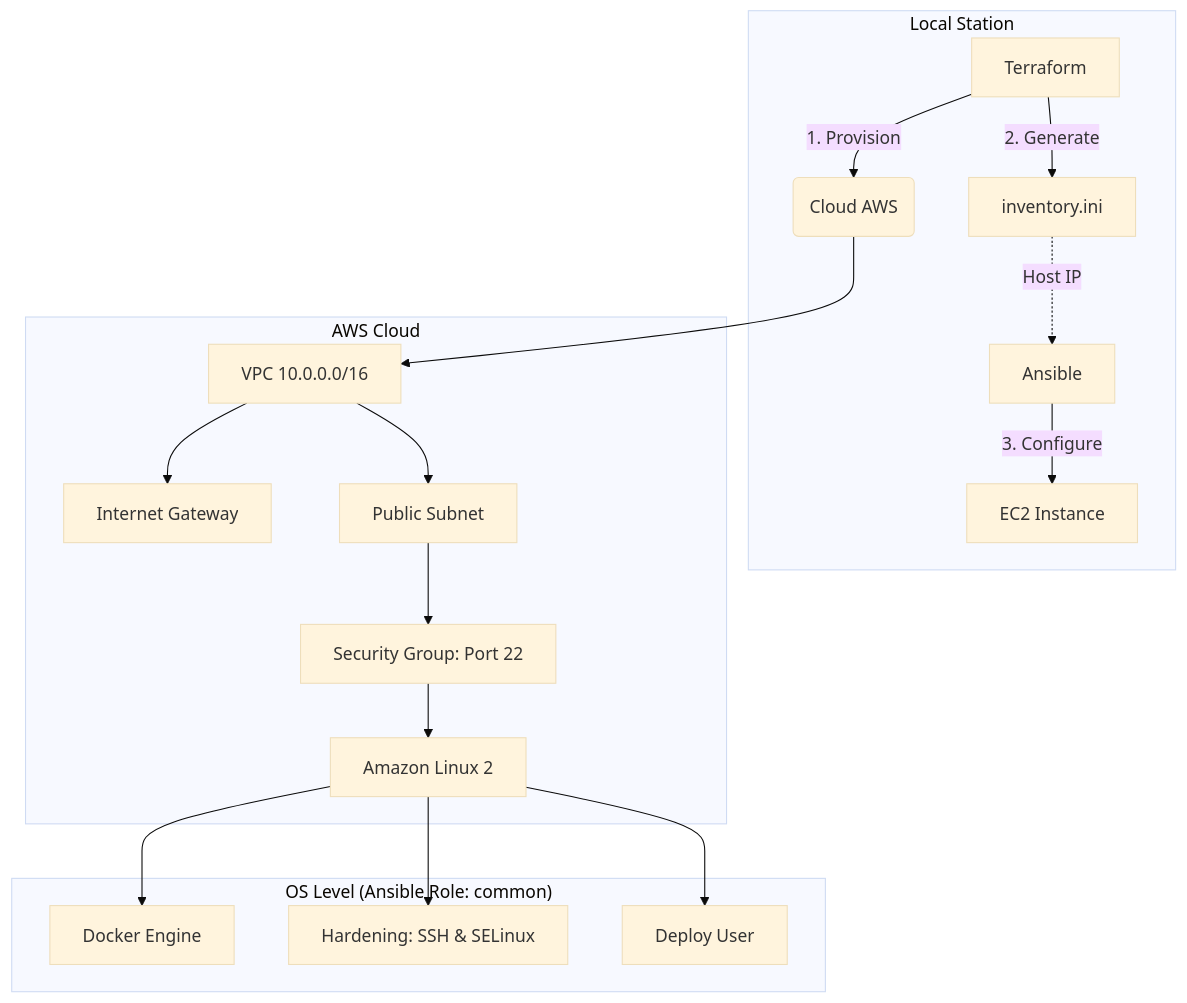
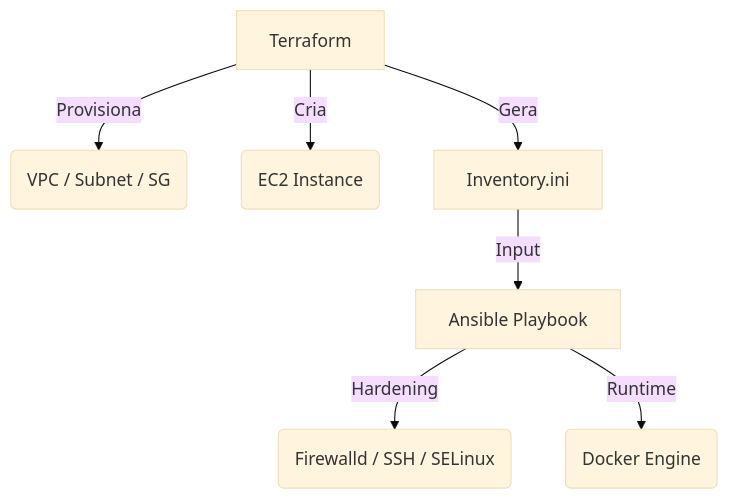
The diagram in README.md (icarojsbarros/lab-hybrid-automation), drawn with Mermaid (base theme) before and after one commit. The commit also changed other lines of this file, not shown here.

First line of the commit message:
Revise README for Terraform and Ansible integration

````diff
--- a/README.md
+++ b/README.md
@@ -15,24 +14,9 @@
 ```mermaid
 graph TD
-    subgraph "Local Station"
-        A[Terraform] -->|1. Provision| B(Cloud AWS)
-        A -->|2. Generate| C[inventory.ini]
-        D[Ansible] -->|3. Configure| E[EC2 Instance]
-    end
-
-    subgraph "AWS Cloud"
-        B --> VPC[VPC 10.0.0.0/16]
-        VPC --> IGW[Internet Gateway]
-        VPC --> Subnet[Public Subnet]
-        Subnet --> SG[Security Group: Port 22]
-        SG --> EC2[Amazon Linux 2]
-    end
-
-    subgraph "OS Level (Ansible Role: common)"
-        EC2 --> Docker[Docker Engine]
-        EC2 --> Sec[Hardening: SSH & SELinux]
-        EC2 --> User[Deploy User]
-    end
-
-    C -.->|Host IP| D
+    A[Terraform] -->|Provisiona| B(VPC / Subnet / SG)
+    A -->|Cria| C(EC2 Instance)
+    A -->|Gera| D[Inventory.ini]
+    D -->|Input| E[Ansible Playbook]
+    E -->|Hardening| F(Firewalld / SSH / SELinux)
+    E -->|Runtime| G(Docker Engine)
 ```
````
